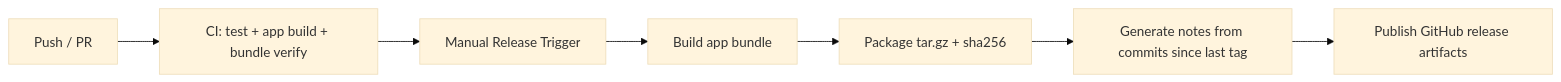
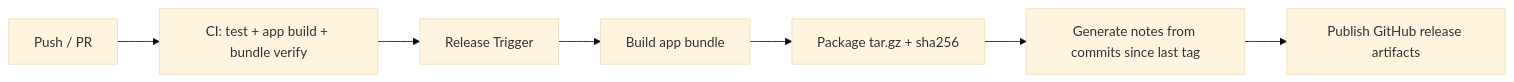
One commit to henryoman/TrenchClaw changed the diagram in README.ja.md. Above: the diagram before and after it, drawn with Mermaid (base theme). The commit also changed other lines of this file and 20 other files, not shown here.

First line of the commit message:
Stabilize the first public release flow around v0.0.0.

````diff
--- a/README.ja.md
+++ b/README.ja.md
@@ -100,9 +101,9 @@
 ```mermaid
 flowchart LR
   A["Push / PR"] --> B["CI: test + app build + bundle verify"]
-  B --> C["Manual Release Trigger"]
+  B --> C["Release Trigger"]
   C --> D["Build app bundle"]
   D --> E["Package tar.gz + sha256"]
   E --> F["Generate notes from commits since last tag"]
   F --> G["Publish GitHub release artifacts"]
 ```
````
